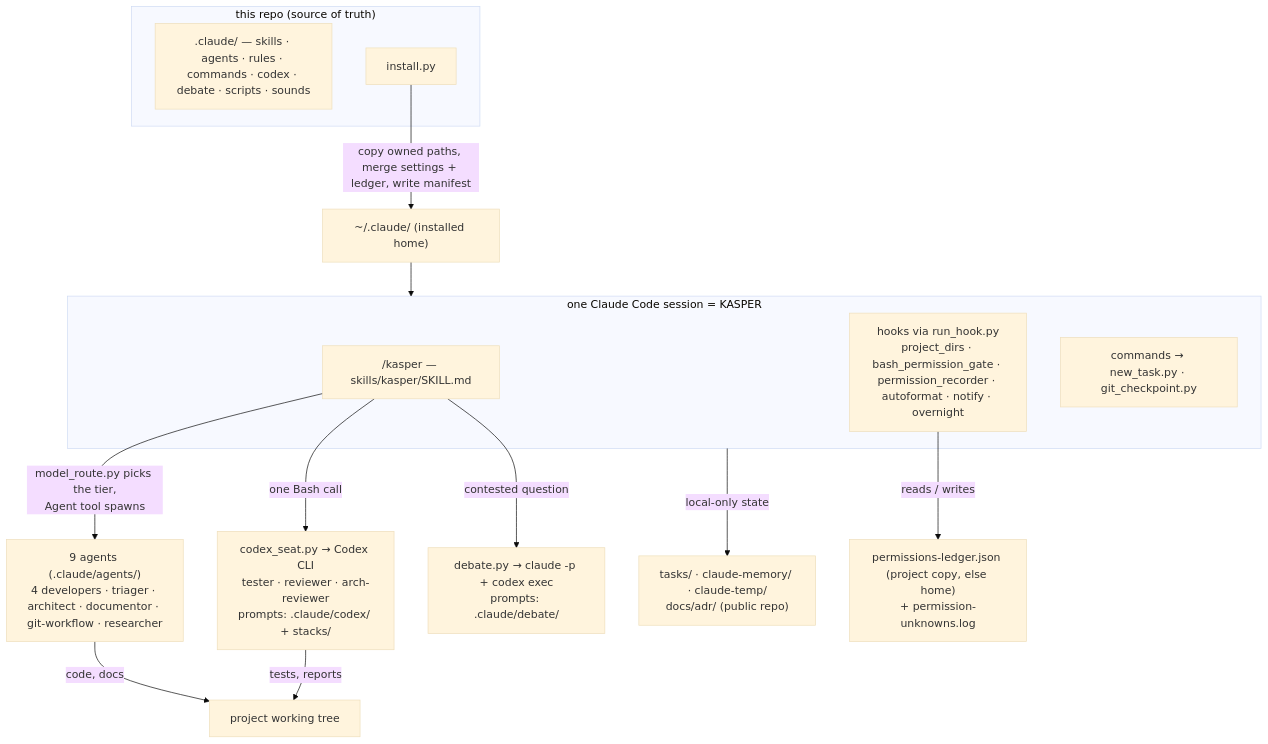
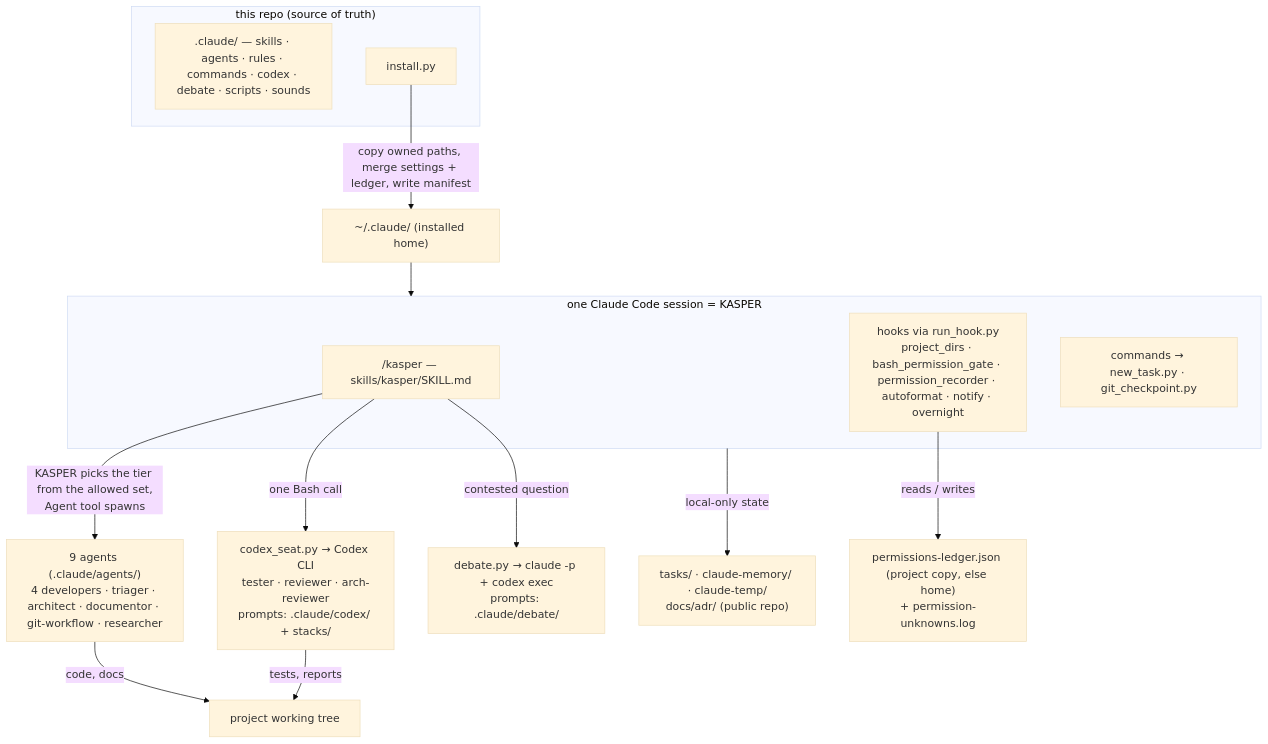
Before and after one commit to anudeepkalitkar/kasper-orchestrator: the diagram in docs/ARCHITECTURE.md, drawn with Mermaid (base theme). The commit also changed other lines of this file and 14 other files, not shown here.

Commit message:
docs: KASPER picks model tiers from allowed sets

````diff
--- a/docs/ARCHITECTURE.md
+++ b/docs/ARCHITECTURE.md
@@ -23,21 +23,21 @@
 ```mermaid
 flowchart TB
     subgraph repo["this repo (source of truth)"]
         claude[".claude/ — skills · agents · rules · commands · codex · debate · scripts · sounds"]
         inst["install.py"]
     end
     inst -- "copy owned paths, merge settings + ledger, write manifest" --> home["~/.claude/ (installed home)"]
     subgraph session["one Claude Code session = KASPER"]
         skill["/kasper — skills/kasper/SKILL.md"]
         hooks["hooks via run_hook.py<br/>project_dirs · bash_permission_gate · permission_recorder · autoformat · notify · overnight"]
         cmds["commands → new_task.py · git_checkpoint.py"]
     end
     home --> session
-    skill -- "model_route.py picks the tier,<br/>Agent tool spawns" --> agents["9 agents (.claude/agents/)<br/>4 developers · triager · architect · documentor · git-workflow · researcher"]
+    skill -- "KASPER picks the tier from the allowed set,<br/>Agent tool spawns" --> agents["9 agents (.claude/agents/)<br/>4 developers · triager · architect · documentor · git-workflow · researcher"]
     skill -- "one Bash call" --> seats["codex_seat.py → Codex CLI<br/>tester · reviewer · arch-reviewer<br/>prompts: .claude/codex/ + stacks/"]
     skill -- "contested question" --> debate["debate.py → claude -p + codex exec<br/>prompts: .claude/debate/"]
     hooks -- "reads / writes" --> ledger["permissions-ledger.json (project copy, else home)<br/>+ permission-unknowns.log"]
     session -- "local-only state" --> state["tasks/ · claude-memory/ · claude-temp/<br/>docs/adr/ (public repo)"]
     agents -- "code, docs" --> tree["project working tree"]
     seats -- "tests, reports" --> tree
 ```
````
